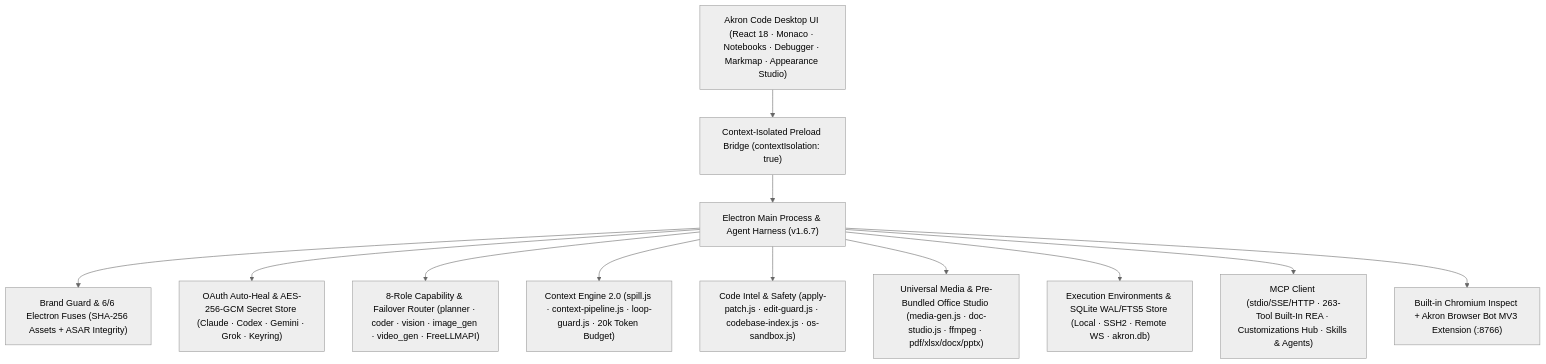
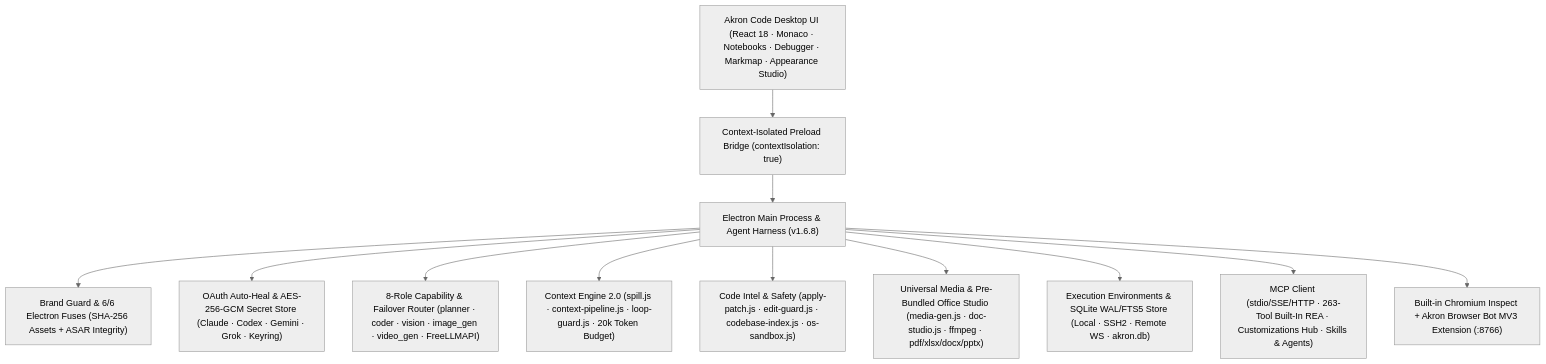
One commit to faysaliteng/akron-code changed the second of 3 diagrams in README.md. Above: the diagram before and after it, drawn with Mermaid (neutral theme). The commit also changed other lines of this file and 56 other files, not shown here.

````diff
--- a/README.md
+++ b/README.md
@@ -147,15 +147,15 @@
 ```mermaid
 flowchart TD
   UI["Akron Code Desktop UI (React 18 · Monaco · Notebooks · Debugger · Markmap · Appearance Studio)"] --> Preload["Context-Isolated Preload Bridge (contextIsolation: true)"]
-  Preload --> Main["Electron Main Process & Agent Harness (v1.6.7)"]
+  Preload --> Main["Electron Main Process & Agent Harness (v1.6.8)"]
 
   Main --> Brand["Brand Guard & 6/6 Electron Fuses (SHA-256 Assets + ASAR Integrity)"]
   Main --> Auth["OAuth Auto-Heal & AES-256-GCM Secret Store (Claude · Codex · Gemini · Grok · Keyring)"]
   Main --> Router["8-Role Capability & Failover Router (planner · coder · vision · image_gen · video_gen · FreeLLMAPI)"]
   Main --> Context["Context Engine 2.0 (spill.js · context-pipeline.js · loop-guard.js · 20k Token Budget)"]
   Main --> Intel["Code Intel & Safety (apply-patch.js · edit-guard.js · codebase-index.js · os-sandbox.js)"]
   Main --> Studio["Universal Media & Pre-Bundled Office Studio (media-gen.js · doc-studio.js · ffmpeg · pdf/xlsx/docx/pptx)"]
   Main --> Envs["Execution Environments & SQLite WAL/FTS5 Store (Local · SSH2 · Remote WS · akron.db)"]
   Main --> Ext["MCP Client (stdio/SSE/HTTP · 263-Tool Built-In REA · Customizations Hub · Skills & Agents)"]
   Main --> Bridge["Built-in Chromium Inspect + Akron Browser Bot MV3 Extension (:8766)"]
 ```
````
